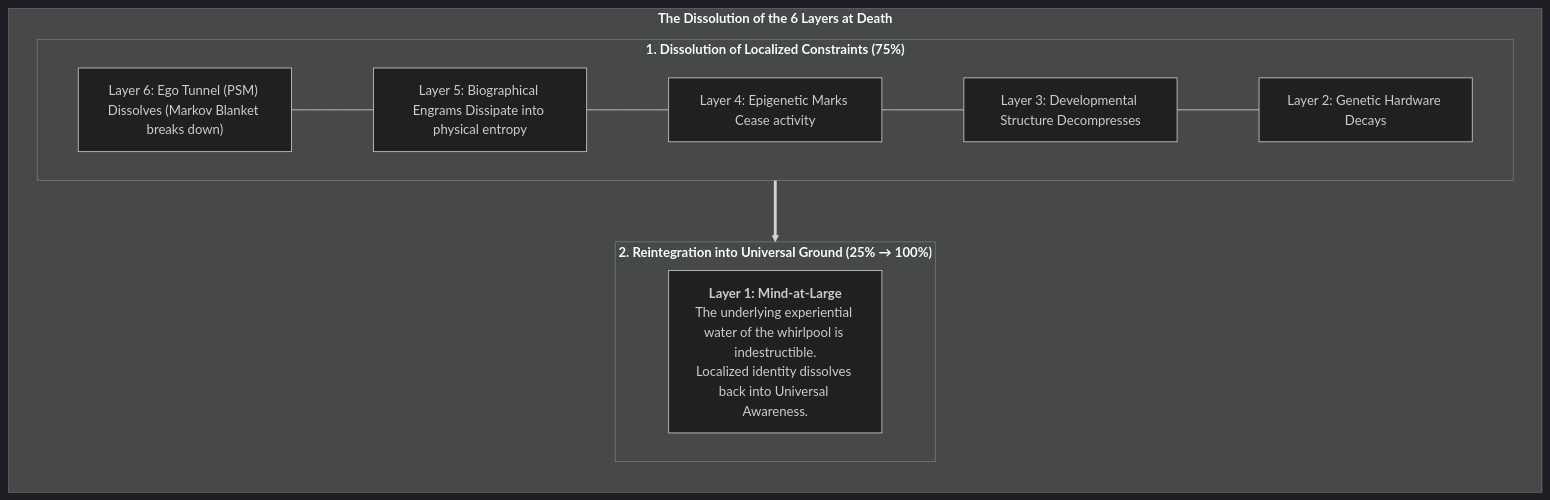
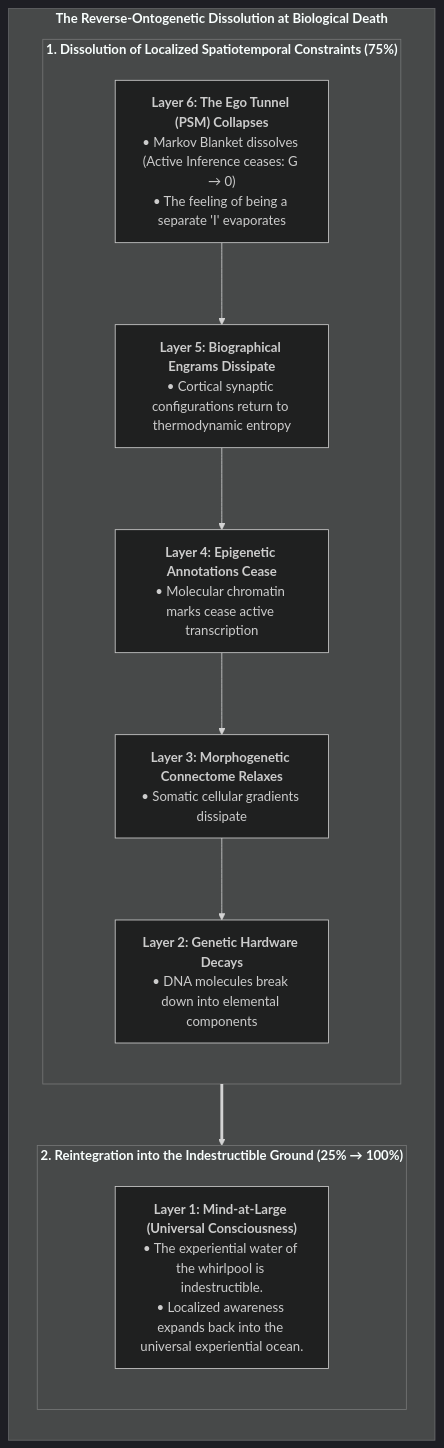
One commit to Thriebl/active-inference-phi-network changed the third of 6 diagrams in book/manuscript_en/08_existential_and_ethical_implications.md. Above: the diagram before and after it, drawn with Mermaid (dark theme). The commit also changed other lines of this file and 19 other files, not shown here.

````diff
--- a/book/manuscript_en/08_existential_and_ethical_implications.md
+++ b/book/manuscript_en/08_existential_and_ethical_implications.md
@@ -28,21 +84,28 @@
 ```mermaid
 flowchart TD
-    subgraph DEATH_DISSOLUTION["<b>The Dissolution of the 6 Layers at Death</b>"]
+    subgraph DEATH_DISSOLUTION["<b>The Reverse-Ontogenetic Dissolution at Biological Death</b>"]
         direction TB
         
-        subgraph SHEDDING["<b>1. Dissolution of Localized Constraints (75%)</b>"]
-            L6["Layer 6: Ego Tunnel (PSM) Dissolves (Markov Blanket breaks down)"]
-            L5["Layer 5: Biographical Engrams Dissipate into physical entropy"]
-            L4["Layer 4: Epigenetic Marks Cease activity"]
-            L3["Layer 3: Developmental Structure Decompresses"]
-            L2["Layer 2: Genetic Hardware Decays"]
-            L6 --- L5 --- L4 --- L3 --- L2
+        subgraph SHEDDING["<b>1. Dissolution of Localized Spatiotemporal Constraints (75%)</b>"]
+            direction TB
+            L6["<b>Layer 6: The Ego Tunnel (PSM) Collapses</b><br>• Markov Blanket dissolves (Active Inference ceases: G → 0)<br>• The feeling of being a separate 'I' evaporates"]
+            
+            L5["<b>Layer 5: Biographical Engrams Dissipate</b><br>• Cortical synaptic configurations return to thermodynamic entropy"]
+            
+            L4["<b>Layer 4: Epigenetic Annotations Cease</b><br>• Molecular chromatin marks cease active transcription"]
+            
+            L3["<b>Layer 3: Morphogenetic Connectome Relaxes</b><br>• Somatic cellular gradients dissipate"]
+            
+            L2["<b>Layer 2: Genetic Hardware Decays</b><br>• DNA molecules break down into elemental components"]
+            
+            L6 --> L5 --> L4 --> L3 --> L2
         end
         
-        subgraph REINTEGRATION["<b>2. Reintegration into Universal Ground (25% → 100%)</b>"]
-            L1["<b>Layer 1: Mind-at-Large</b><br>The underlying experiential water of the whirlpool is indestructible.<br>Localized identity dissolves back into Universal Awareness."]
+        subgraph REINTEGRATION["<b>2. Reintegration into the Indestructible Ground (25% → 100%)</b>"]
+            direction TB
+            L1["<b>Layer 1: Mind-at-Large (Universal Consciousness)</b><br>• The experiential water of the whirlpool is indestructible.<br>• Localized awareness expands back into the universal experiential ocean."]
         end
         
         SHEDDING ==> REINTEGRATION
     end
 ```
````
